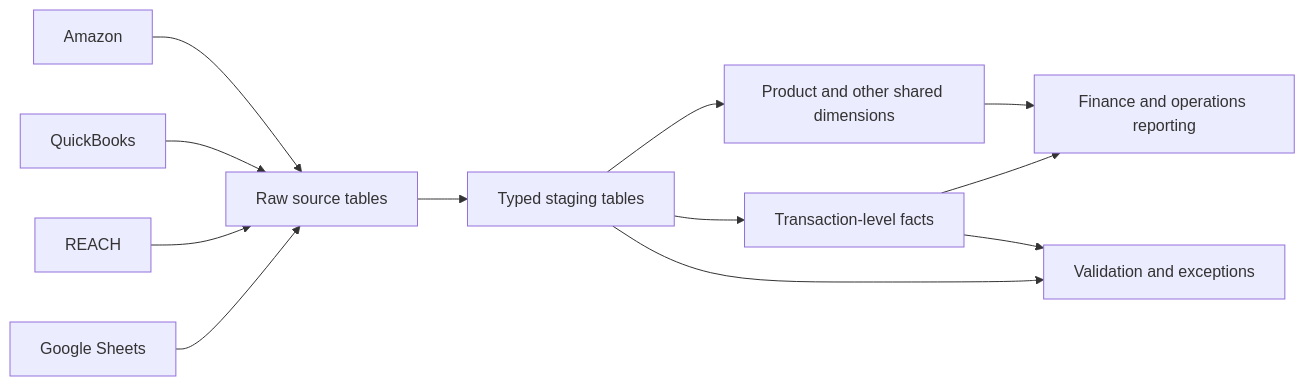
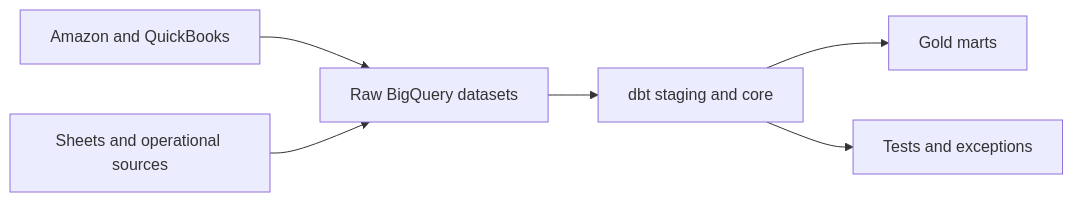
Before and after one commit to rubenatello/luminize-assessment: the diagram in docs/data_model.md, drawn with Mermaid. The commit also changed other lines of this file and 5 other files, not shown here.

Commit message:
Align architecture with BigQuery and dbt

````diff
--- a/docs/data_model.md
+++ b/docs/data_model.md
@@ -15,14 +15,8 @@
 ```mermaid
 flowchart LR
-    A[Amazon] --> R[Raw source tables]
-    B[QuickBooks] --> R
-    C[REACH] --> R
-    D[Google Sheets] --> R
-    R --> S[Typed staging tables]
-    S --> K[Product and other shared dimensions]
-    S --> F[Transaction-level facts]
-    K --> M[Finance and operations reporting]
-    F --> M
-    S --> Q[Validation and exceptions]
-    F --> Q
+    A["Amazon and QuickBooks"] --> R["Raw BigQuery datasets"]
+    B["Sheets and operational sources"] --> R
+    R --> S["dbt staging and core"]
+    S --> M["Gold marts"]
+    S --> Q["Tests and exceptions"]
 ```
````
